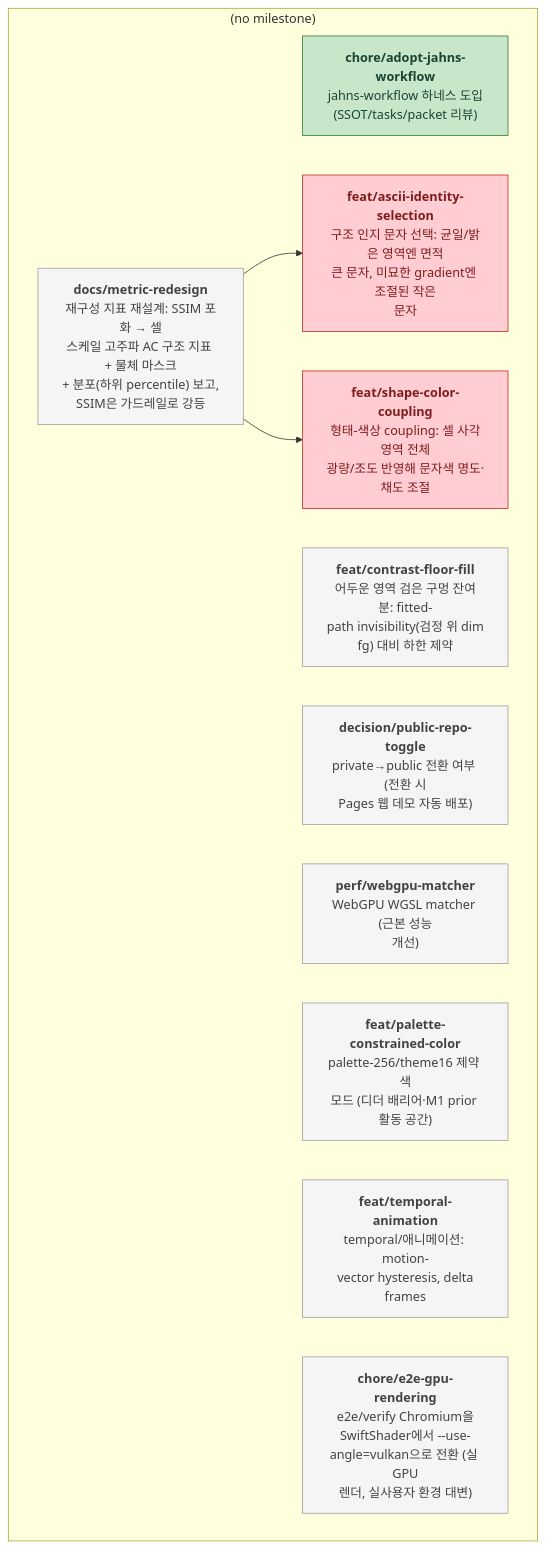
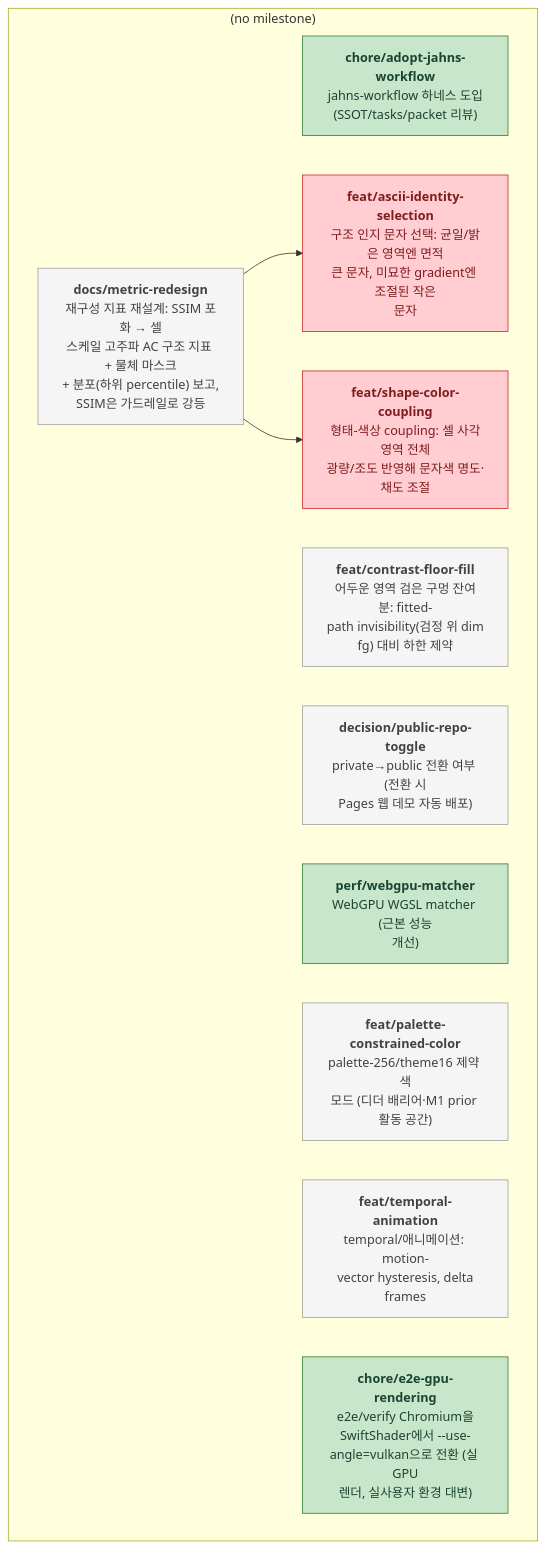
Before and after one commit to Dev-Jahn/glyphit3d: the diagram in ROADMAP.md, drawn with Mermaid. The commit also changed other lines of this file and 11 other files, not shown here.

````diff
--- a/ROADMAP.md
+++ b/ROADMAP.md
@@ -7,25 +7,25 @@
 ```mermaid
 flowchart TD
     subgraph backlog["(no milestone)"]
         chore_adopt_jahns_workflow["<b>chore/adopt-jahns-workflow</b><br/>jahns-workflow 하네스 도입<br/>(SSOT/tasks/packet 리뷰)"]
         docs_metric_redesign["<b>docs/metric-redesign</b><br/>재구성 지표 재설계: SSIM 포화 → 셀<br/>스케일 고주파 AC 구조 지표 + 물체 마스크<br/>+ 분포(하위 percentile) 보고,<br/>SSIM은 가드레일로 강등"]
         feat_ascii_identity_selection["<b>feat/ascii-identity-selection</b><br/>구조 인지 문자 선택: 균일/밝은 영역엔 면적<br/>큰 문자, 미묘한 gradient엔 조절된 작은<br/>문자"]
         feat_contrast_floor_fill["<b>feat/contrast-floor-fill</b><br/>어두운 영역 검은 구멍 잔여분: fitted-<br/>path invisibility(검정 위 dim<br/>fg) 대비 하한 제약"]
         feat_shape_color_coupling["<b>feat/shape-color-coupling</b><br/>형태-색상 coupling: 셀 사각영역 전체<br/>광량/조도 반영해 문자색 명도·채도 조절"]
         decision_public_repo_toggle["<b>decision/public-repo-toggle</b><br/>private→public 전환 여부 (전환 시<br/>Pages 웹 데모 자동 배포)"]
         perf_webgpu_matcher["<b>perf/webgpu-matcher</b><br/>WebGPU WGSL matcher (근본 성능<br/>개선)"]
         feat_palette_constrained_color["<b>feat/palette-constrained-color</b><br/>palette-256/theme16 제약 색<br/>모드 (디더 배리어·M1 prior 활동 공간)"]
         feat_temporal_animation["<b>feat/temporal-animation</b><br/>temporal/애니메이션: motion-<br/>vector hysteresis, delta<br/>frames"]
         chore_e2e_gpu_rendering["<b>chore/e2e-gpu-rendering</b><br/>e2e/verify Chromium을<br/>SwiftShader에서 --use-<br/>angle=vulkan으로 전환 (실 GPU<br/>렌더, 실사용자 환경 대변)"]
     end
     docs_metric_redesign --> feat_ascii_identity_selection
     docs_metric_redesign --> feat_shape_color_coupling
     classDef pending fill:#f5f5f5,stroke:#9e9e9e,color:#424242
     classDef active fill:#bbdefb,stroke:#1565c0,color:#0d2b56,stroke-width:2px
     classDef blocked fill:#ffcdd2,stroke:#c62828,color:#7f1d1d
     classDef done fill:#c8e6c9,stroke:#2e7d32,color:#1b4332
     classDef dropped fill:#eeeeee,stroke:#bdbdbd,color:#9e9e9e,stroke-dasharray: 4 4
-    class chore_adopt_jahns_workflow done
-    class docs_metric_redesign,feat_contrast_floor_fill,decision_public_repo_toggle,perf_webgpu_matcher,feat_palette_constrained_color,feat_temporal_animation,chore_e2e_gpu_rendering pending
+    class chore_adopt_jahns_workflow,perf_webgpu_matcher,chore_e2e_gpu_rendering done
+    class docs_metric_redesign,feat_contrast_floor_fill,decision_public_repo_toggle,feat_palette_constrained_color,feat_temporal_animation pending
     class feat_ascii_identity_selection,feat_shape_color_coupling blocked
 ```
````
